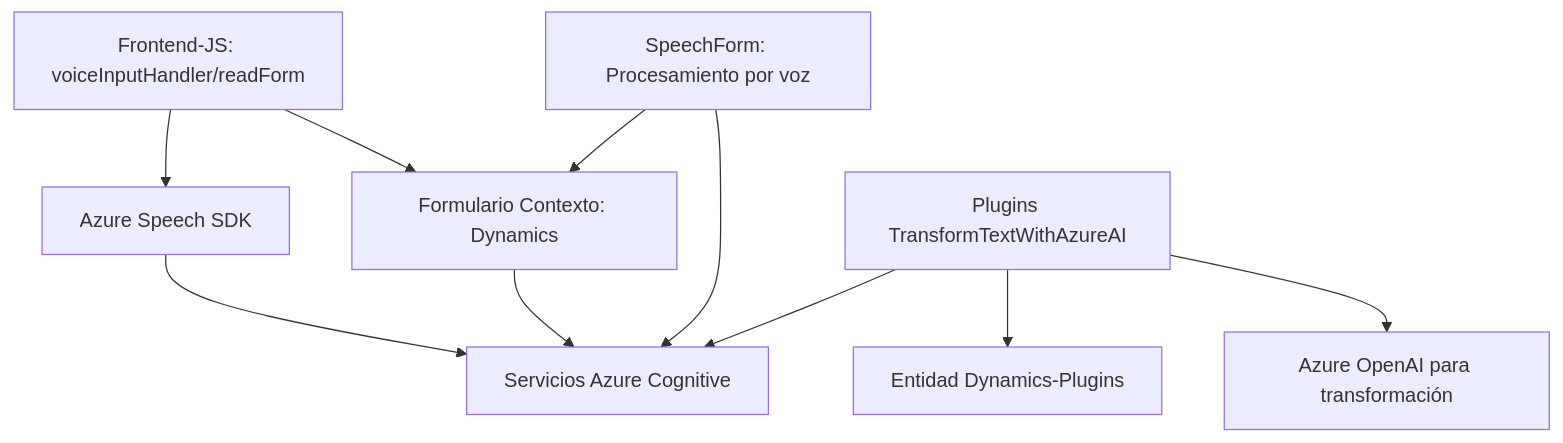
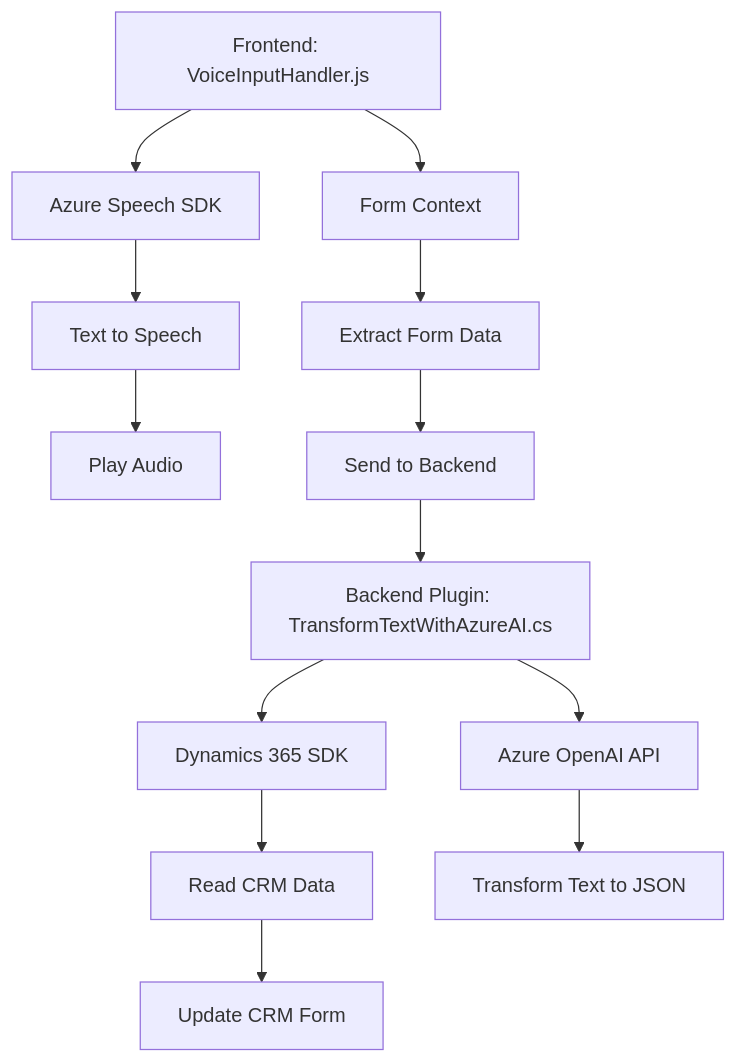
One commit to blopezdm/NETCORE_BILBAO2025 changed the diagram in README.md. Above: the diagram before and after it, drawn with Mermaid. The commit also changed other lines of this file, not shown here.

````diff
--- a/README.md
+++ b/README.md
@@ -40,12 +40,16 @@
 ```mermaid
 graph TD
-    A[Frontend-JS: voiceInputHandler/readForm] --> B[Azure Speech SDK]
-    A --> C[Formulario Contexto: Dynamics]
-    B --> D[Servicios Azure Cognitive]
-    C --> D
-    E[SpeechForm: Procesamiento por voz] --> D
-    E --> C
-    F[Plugins TransformTextWithAzureAI] --> D
-    F --> G[Entidad Dynamics-Plugins]
-    F --> H[Azure OpenAI para transformación]
+    A["Frontend: VoiceInputHandler.js"] --> B["Azure Speech SDK"]
+    A --> C["Form Context"]
+    B --> D["Text to Speech"]
+    C --> E["Extract Form Data"]
+    D --> F["Play Audio"]
+    E --> G["Send to Backend"]
+
+    G --> H["Backend Plugin: TransformTextWithAzureAI.cs"]
+    H --> I["Dynamics 365 SDK"]
+    I --> J["Read CRM Data"]
+    H --> K["Azure OpenAI API"]
+    K --> L["Transform Text to JSON"]
+    J --> M["Update CRM Form"]
 ```
````
